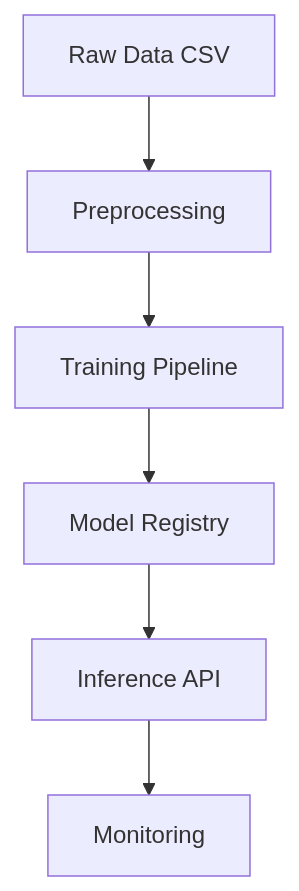
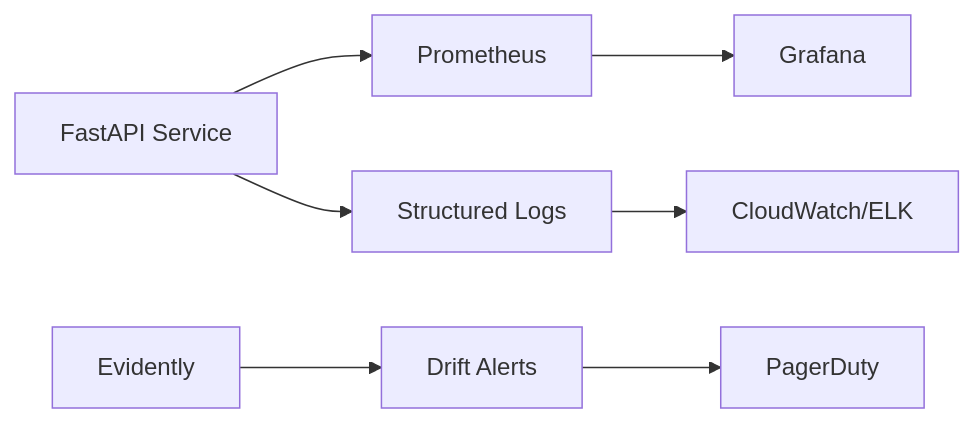
One commit to DuqueOM/ML-MLOps-Portfolio changed the second of 2 diagrams in BankChurn-Predictor/README.md. Above: the diagram before and after it, drawn with Mermaid. The commit also changed other lines of this file, not shown here.

````diff
--- a/BankChurn-Predictor/README.md
+++ b/BankChurn-Predictor/README.md
@@ -42,8 +681,9 @@
 ```mermaid
-graph TD
-    A[Raw Data CSV] --> B[Preprocessing]
-    B --> C[Training Pipeline]
-    C --> D[Model Registry]
-    D --> E[Inference API]
-    E --> F[Monitoring]
+graph LR
+    A[FastAPI Service] --> B[Prometheus]
+    B --> C[Grafana]
+    A --> D[Structured Logs]
+    D --> E[CloudWatch/ELK]
+    F[Evidently] --> G[Drift Alerts]
+    G --> H[PagerDuty]
 ```
````
